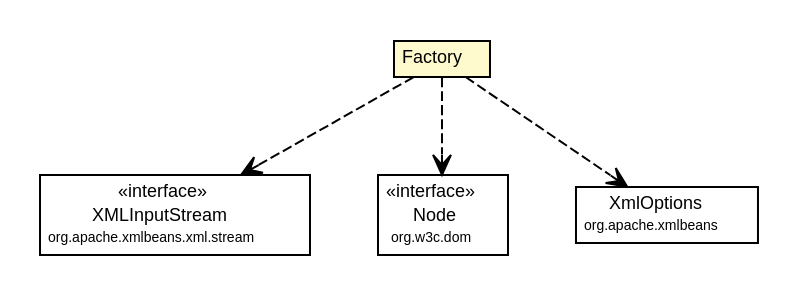
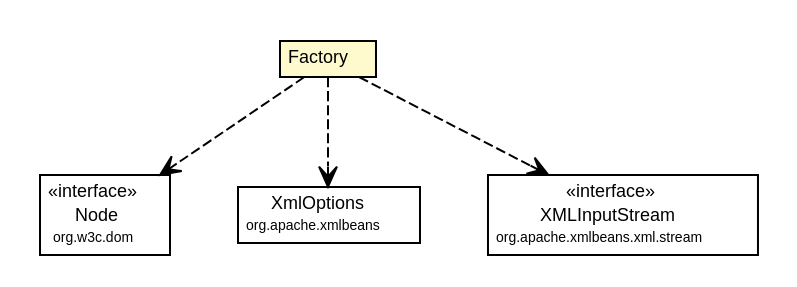
One commit to synchronoss/cpo-util changed the diagram in site/apidocs/org/synchronoss/cpo/util/cpoUtilConfig/CtProtectedClasses.Factory.dot. Above: the diagram before and after it, drawn with Graphviz. The commit also changed 301 other files, not shown here.

Commit message:
Creating site for cpoUtil, 5.1.1-SNAPSHOT

```diff
--- a/site/apidocs/org/synchronoss/cpo/util/cpoUtilConfig/CtProtectedClasses.Factory.dot
+++ b/site/apidocs/org/synchronoss/cpo/util/cpoUtilConfig/CtProtectedClasses.Factory.dot
@@ -1,45 +1,45 @@
 #!/usr/local/bin/dot
 #
 # Class diagram 
 # Generated by UmlGraph version 4.6 (http://www.spinellis.gr/sw/umlgraph)
 #
 
 digraph G {
 	edge [fontname="Helvetica",fontsize=10,labelfontname="Helvetica",labelfontsize=10];
 	node [fontname="Helvetica",fontsize=10,shape=plaintext];
 	// org.synchronoss.cpo.util.cpoUtilConfig.CtProtectedClasses.Factory
 	c5294 [label=<<table border="0" cellborder="1" cellspacing="0" cellpadding="2" port="p" bgcolor="lemonChiffon" href="./CtProtectedClasses.Factory.html">
 		<tr><td><table border="0" cellspacing="0" cellpadding="1">
 			<tr><td> Factory </td></tr>
 		</table></td></tr>
 		</table>>, fontname="Helvetica", fontcolor="black", fontsize=9.0];
+	// org.synchronoss.cpo.util.cpoUtilConfig.CtProtectedClasses.Factory DEPEND org.w3c.dom.Node
+	c5294:p -> c5303:p [taillabel="", label="", headlabel="", fontname="Helvetica", fontcolor="black", fontsize=10.0, color="black", arrowhead=open, style=dashed];
+	// org.synchronoss.cpo.util.cpoUtilConfig.CtProtectedClasses.Factory DEPEND org.apache.xmlbeans.XmlOptions
+	c5294:p -> c5304:p [taillabel="", label="", headlabel="", fontname="Helvetica", fontcolor="black", fontsize=10.0, color="black", arrowhead=open, style=dashed];
 	// org.synchronoss.cpo.util.cpoUtilConfig.CtProtectedClasses.Factory DEPEND org.apache.xmlbeans.xml.stream.XMLInputStream
-	c5294:p -> c5303:p [taillabel="", label="", headlabel="", fontname="Helvetica", fontcolor="black", fontsize=10.0, color="black", arrowhead=open, style=dashed];
-	// org.synchronoss.cpo.util.cpoUtilConfig.CtProtectedClasses.Factory DEPEND org.w3c.dom.Node
-	c5294:p -> c5304:p [taillabel="", label="", headlabel="", fontname="Helvetica", fontcolor="black", fontsize=10.0, color="black", arrowhead=open, style=dashed];
-	// org.synchronoss.cpo.util.cpoUtilConfig.CtProtectedClasses.Factory DEPEND org.apache.xmlbeans.XmlOptions
 	c5294:p -> c5305:p [taillabel="", label="", headlabel="", fontname="Helvetica", fontcolor="black", fontsize=10.0, color="black", arrowhead=open, style=dashed];
 	// org.apache.xmlbeans.xml.stream.XMLInputStream
-	c5303 [label=<<table border="0" cellborder="1" cellspacing="0" cellpadding="2" port="p" href="http://java.sun.com/j2se/1.4.2/docs/api/org/apache/xmlbeans/xml/stream/XMLInputStream.html">
+	c5305 [label=<<table border="0" cellborder="1" cellspacing="0" cellpadding="2" port="p" href="http://java.sun.com/j2se/1.4.2/docs/api/org/apache/xmlbeans/xml/stream/XMLInputStream.html">
 		<tr><td><table border="0" cellspacing="0" cellpadding="1">
 			<tr><td> &laquo;interface&raquo; </td></tr>
 			<tr><td> XMLInputStream </td></tr>
 			<tr><td><font point-size="7.0"> org.apache.xmlbeans.xml.stream </font></td></tr>
 		</table></td></tr>
 		</table>>, fontname="Helvetica", fontcolor="black", fontsize=9.0];
 	// org.w3c.dom.Node
-	c5304 [label=<<table border="0" cellborder="1" cellspacing="0" cellpadding="2" port="p" href="http://java.sun.com/j2se/1.4.2/docs/api/org/w3c/dom/Node.html">
+	c5303 [label=<<table border="0" cellborder="1" cellspacing="0" cellpadding="2" port="p" href="http://java.sun.com/j2se/1.4.2/docs/api/org/w3c/dom/Node.html">
 		<tr><td><table border="0" cellspacing="0" cellpadding="1">
 			<tr><td> &laquo;interface&raquo; </td></tr>
 			<tr><td> Node </td></tr>
 			<tr><td><font point-size="7.0"> org.w3c.dom </font></td></tr>
 		</table></td></tr>
 		</table>>, fontname="Helvetica", fontcolor="black", fontsize=9.0];
 	// org.apache.xmlbeans.XmlOptions
-	c5305 [label=<<table border="0" cellborder="1" cellspacing="0" cellpadding="2" port="p" href="http://java.sun.com/j2se/1.4.2/docs/api/org/apache/xmlbeans/XmlOptions.html">
+	c5304 [label=<<table border="0" cellborder="1" cellspacing="0" cellpadding="2" port="p" href="http://java.sun.com/j2se/1.4.2/docs/api/org/apache/xmlbeans/XmlOptions.html">
 		<tr><td><table border="0" cellspacing="0" cellpadding="1">
 			<tr><td> XmlOptions </td></tr>
 			<tr><td><font point-size="7.0"> org.apache.xmlbeans </font></td></tr>
 		</table></td></tr>
 		</table>>, fontname="Helvetica", fontcolor="black", fontsize=9.0];
 }
```
